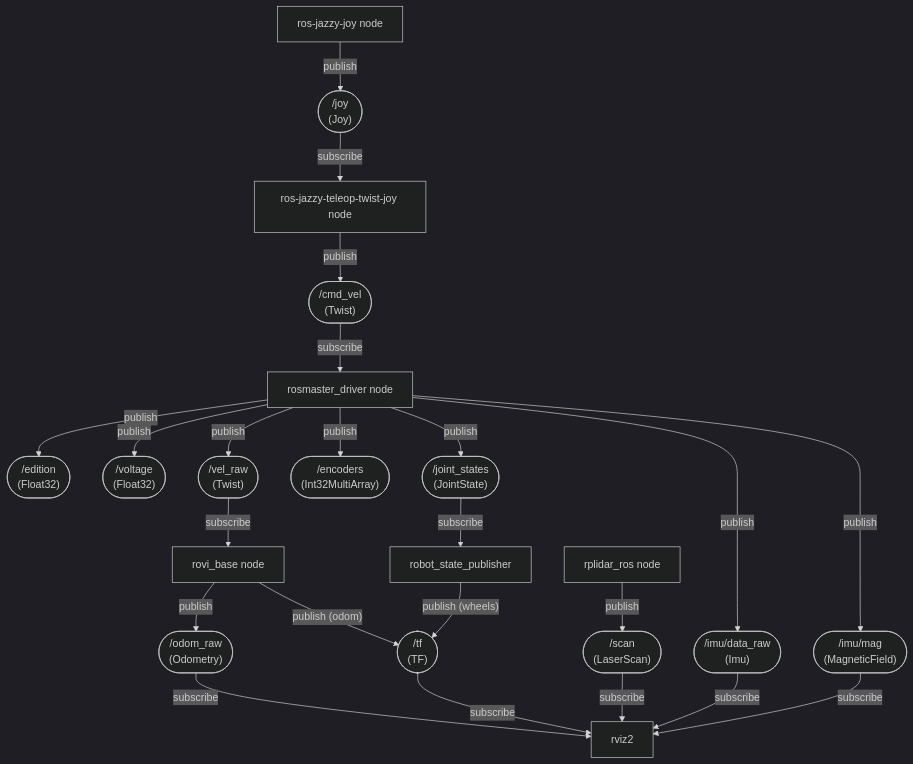
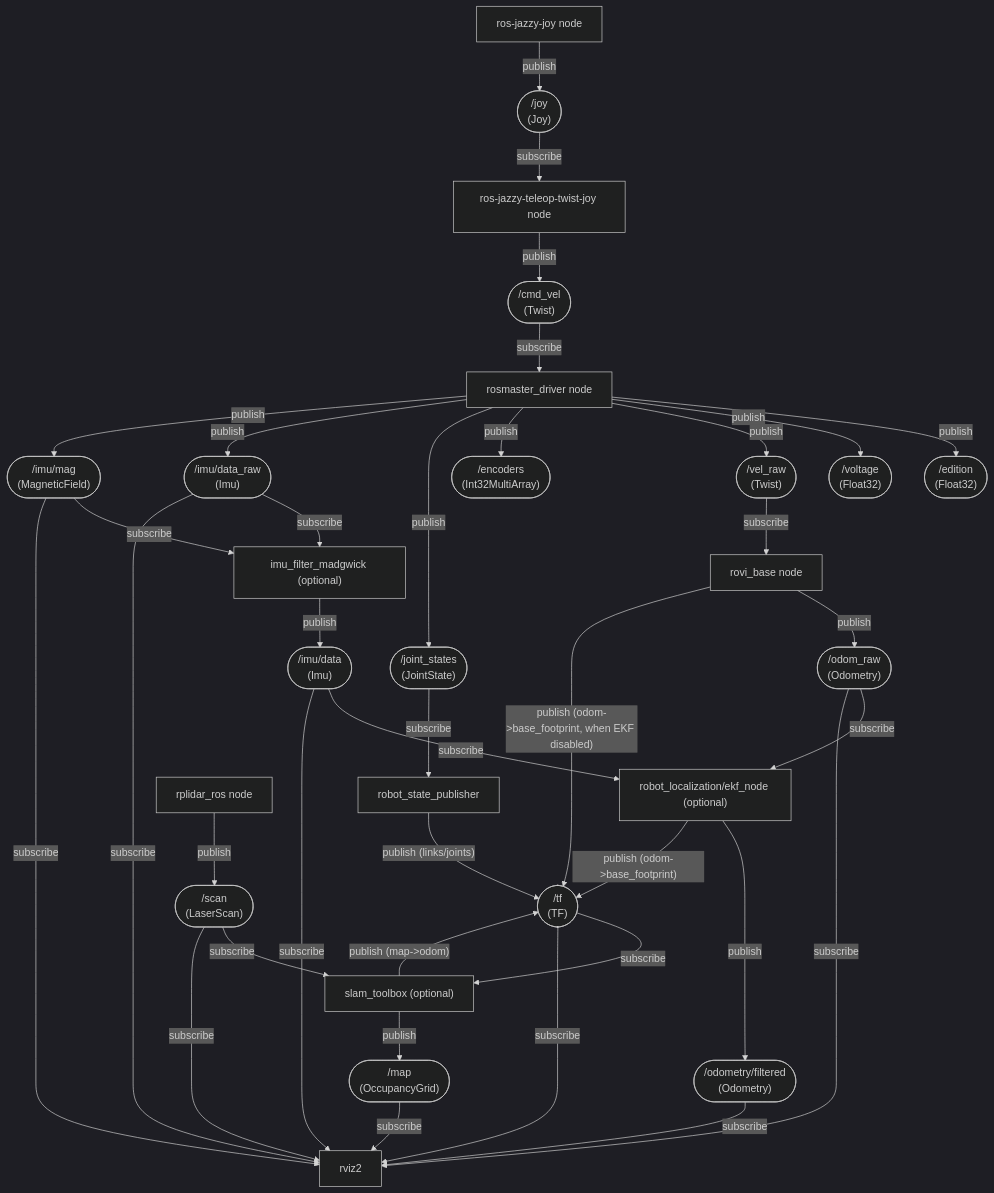
The first of 6 diagrams in README.md (Roblibs/rovi_ros_ws), drawn with Mermaid (dark theme) before and after one commit. The commit also changed other lines of this file, not shown here.

Commit message:
slam planing

````diff
--- a/README.md
+++ b/README.md
@@ -63,52 +95,75 @@
 ```mermaid
 flowchart TD
   Rosmaster[rosmaster_driver node]
 
   Joystick["ros-jazzy-joy node"]
   JOY(["/joy<br/>(Joy)"])
   Joystick -->|publish| JOY
 
   RoviJoy["ros-jazzy-teleop-twist-joy node"]
   JOY -->|subscribe| RoviJoy
   CMD(["/cmd_vel<br/>(Twist)"])
   RoviJoy -->|publish| CMD
 
   CMD -->|subscribe| Rosmaster
   EDT(["/edition<br/>(Float32)"])
   VOL(["/voltage<br/>(Float32)"])
   VRAW(["/vel_raw<br/>(Twist)"])
   JSTATE(["/joint_states<br/>(JointState)"])
   ENC(["/encoders<br/>(Int32MultiArray)"])
-  IMU(["/imu/data_raw<br/>(Imu)"])
+  IMU_RAW(["/imu/data_raw<br/>(Imu)"])
   MAG(["/imu/mag<br/>(MagneticField)"])
   Rosmaster -->|publish| EDT
   Rosmaster -->|publish| VOL
   Rosmaster -->|publish| VRAW
   Rosmaster -->|publish| ENC
   Rosmaster -->|publish| JSTATE
-  Rosmaster -->|publish| IMU
+  Rosmaster -->|publish| IMU_RAW
   Rosmaster -->|publish| MAG
 
   RoviBase["rovi_base node"]
   VRAW -->|subscribe| RoviBase
   ODRAW(["/odom_raw<br/>(Odometry)"])
   TF(["/tf<br/>(TF)"])
   RoviBase -->|publish| ODRAW
-  RoviBase -->|"publish (odom)"| TF
+  RoviBase -->|"publish (odom->base_footprint, when EKF disabled)"| TF
+
+  ImuFilter["imu_filter_madgwick (optional)"]
+  IMU_RAW -->|subscribe| ImuFilter
+  MAG -->|subscribe| ImuFilter
+  IMU(["/imu/data<br/>(Imu)"])
+  ImuFilter -->|publish| IMU
+
+  EKF["robot_localization/ekf_node (optional)"]
+  ODRAW -->|subscribe| EKF
+  IMU -->|subscribe| EKF
+  ODOMF(["/odometry/filtered<br/>(Odometry)"])
+  EKF -->|publish| ODOMF
+  EKF -->|"publish (odom->base_footprint)"| TF
 
 
   RSP["robot_state_publisher"]
   JSTATE -->|subscribe| RSP
-  RSP -->|"publish (wheels)"| TF
+  RSP -->|"publish (links/joints)"| TF
+
+  RPLidar["rplidar_ros node"]
+  SCAN(["/scan<br/>(LaserScan)"])
+  RPLidar -->|publish| SCAN
+
+  Slam["slam_toolbox (optional)"]
+  SCAN -->|subscribe| Slam
+  TF -->|subscribe| Slam
+  MAP(["/map<br/>(OccupancyGrid)"])
+  Slam -->|publish| MAP
+  Slam -->|"publish (map->odom)"| TF
 
   RVIZ["rviz2"]
   TF -->|subscribe| RVIZ
   ODRAW -->|subscribe| RVIZ
+  ODOMF -->|subscribe| RVIZ
+  IMU_RAW -->|subscribe| RVIZ
   IMU -->|subscribe| RVIZ
   MAG -->|subscribe| RVIZ
   SCAN -->|subscribe| RVIZ
-
-  RPLidar["rplidar_ros node"]
-  SCAN(["/scan<br/>(LaserScan)"])
-  RPLidar -->|publish| SCAN
+  MAP -->|subscribe| RVIZ
 ```
````
